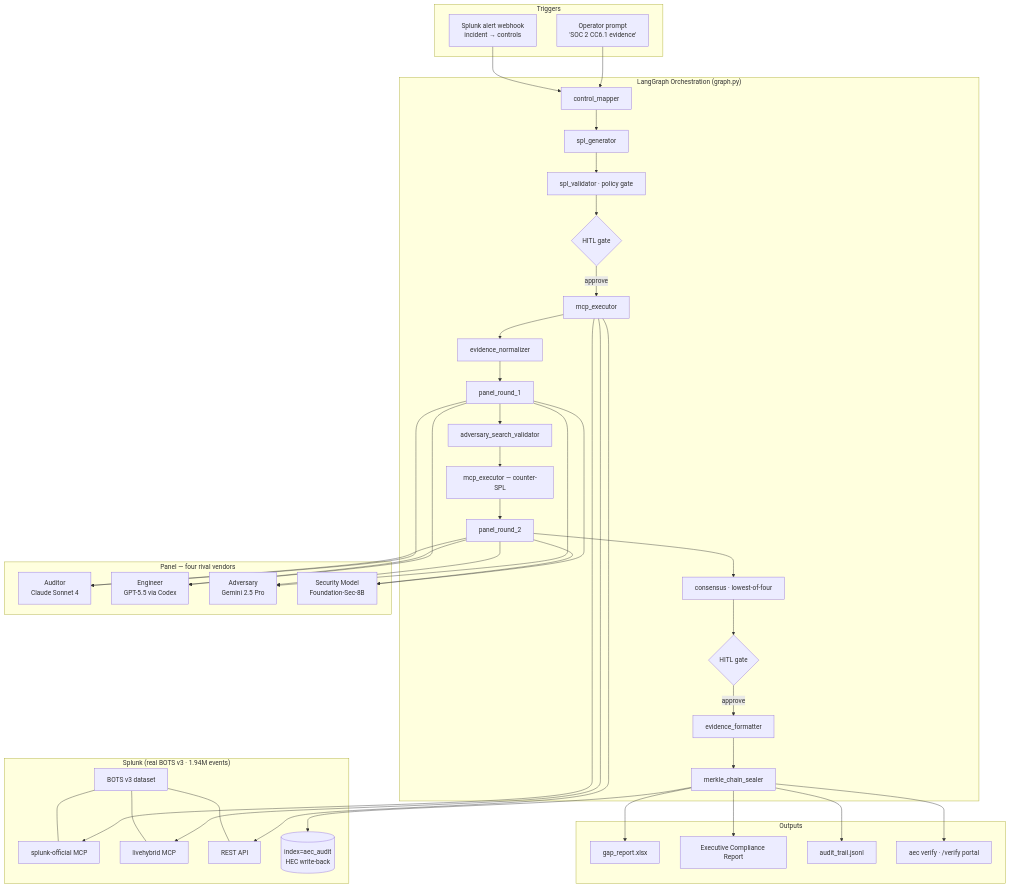
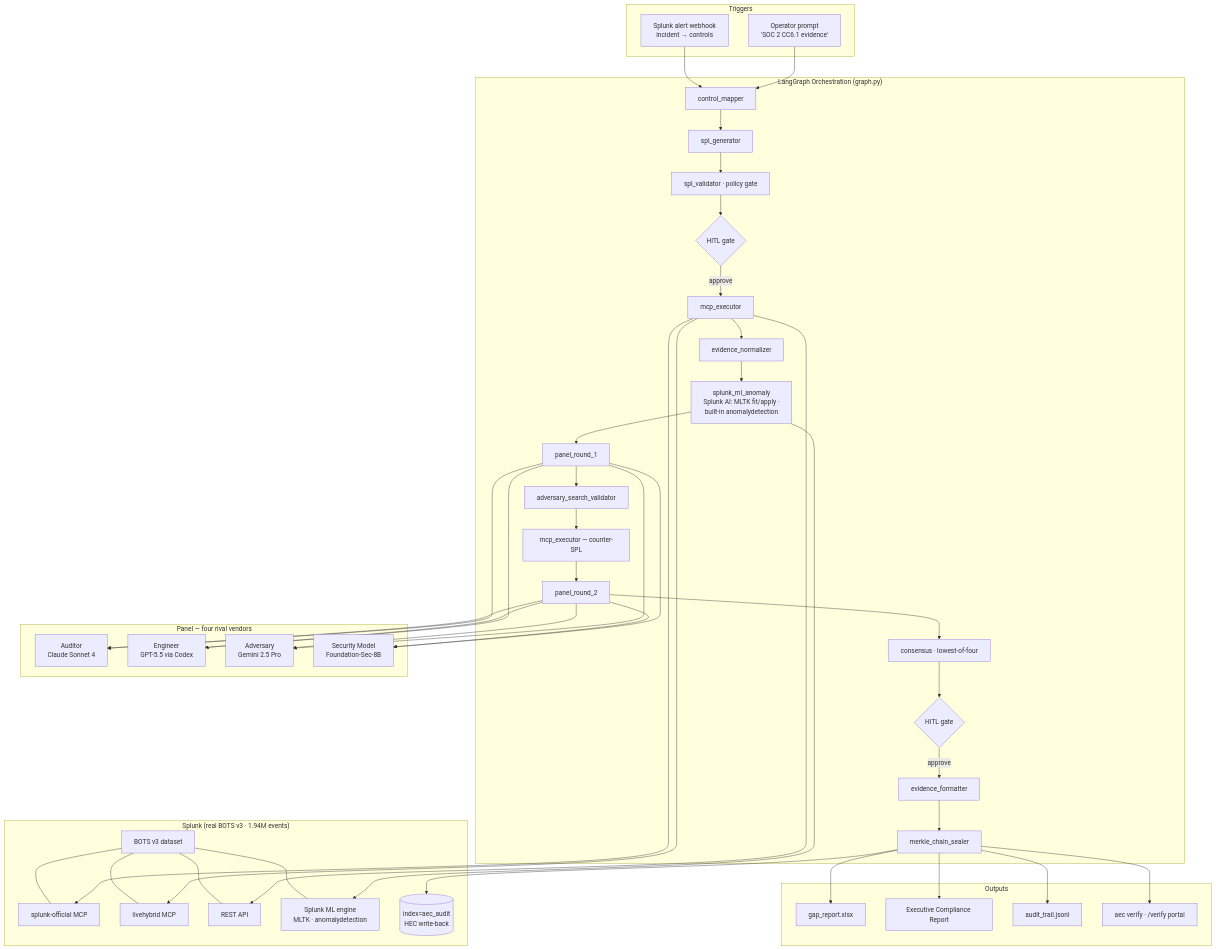
The diagram in architecture_diagram.md (sandhipveera/audit-evidence-compiler), drawn with Mermaid before and after one commit. The commit also changed other lines of this file and 18 other files, not shown here.

````diff
--- a/architecture_diagram.md
+++ b/architecture_diagram.md
@@ -11,52 +14,55 @@
 ```mermaid
 graph TD
     subgraph "Triggers"
       T1[Operator prompt<br/>'SOC 2 CC6.1 evidence']
       T2[Splunk alert webhook<br/>incident → controls]
     end
 
     subgraph "LangGraph Orchestration (graph.py)"
       N1[control_mapper] --> N2[spl_generator]
       N2 --> N3[spl_validator · policy gate]
       N3 --> N4{HITL gate}
       N4 -->|approve| N5[mcp_executor]
       N5 --> N6[evidence_normalizer]
-      N6 --> N7[panel_round_1]
+      N6 --> N6b["splunk_ml_anomaly<br/>Splunk AI: MLTK fit/apply ·<br/>built-in anomalydetection"]
+      N6b --> N7[panel_round_1]
       N7 --> N8[adversary_search_validator]
       N8 --> N9[mcp_executor — counter-SPL]
       N9 --> N10[panel_round_2]
       N10 --> N11[consensus · lowest-of-four]
       N11 --> N12{HITL gate}
       N12 -->|approve| N13[evidence_formatter]
       N13 --> N14[merkle_chain_sealer]
     end
 
     subgraph "Splunk (real BOTS v3 · 1.94M events)"
       S1[BOTS v3 dataset]
       S2[splunk-official MCP]
       S3[livehybrid MCP]
       S4[REST API]
+      S6["Splunk ML engine<br/>MLTK · anomalydetection"]
       S5[(index=aec_audit<br/>HEC write-back)]
     end
 
     subgraph "Panel — four rival vendors"
       P1[Auditor<br/>Claude Sonnet 4]
       P2[Engineer<br/>GPT-5.5 via Codex]
       P3[Adversary<br/>Gemini 2.5 Pro]
       P4[Security Model<br/>Foundation-Sec-8B]
     end
 
     subgraph "Outputs"
       O1[gap_report.xlsx]
       O2[Executive Compliance Report]
       O3[audit_trail.jsonl]
       O4[aec verify · /verify portal]
     end
 
     T1 & T2 --> N1
     N5 --> S2 & S3 & S4
-    S1 --- S2 & S3 & S4
+    N6b --> S6
+    S1 --- S2 & S3 & S4 & S6
     N7 & N10 --> P1 & P2 & P3 & P4
     N14 --> O1 & O2 & O3 & O4
     N14 --> S5
 ```
````
